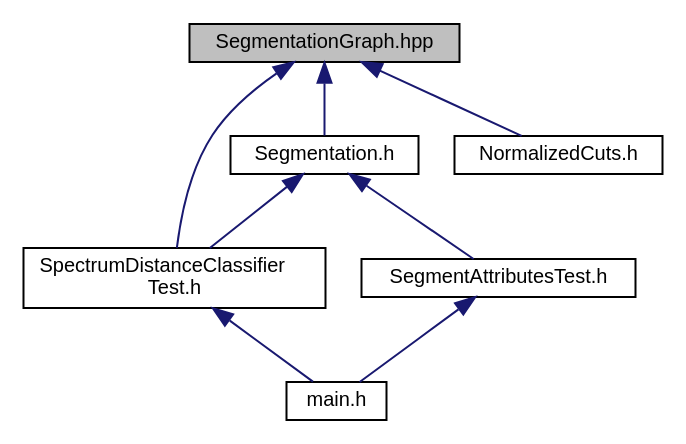
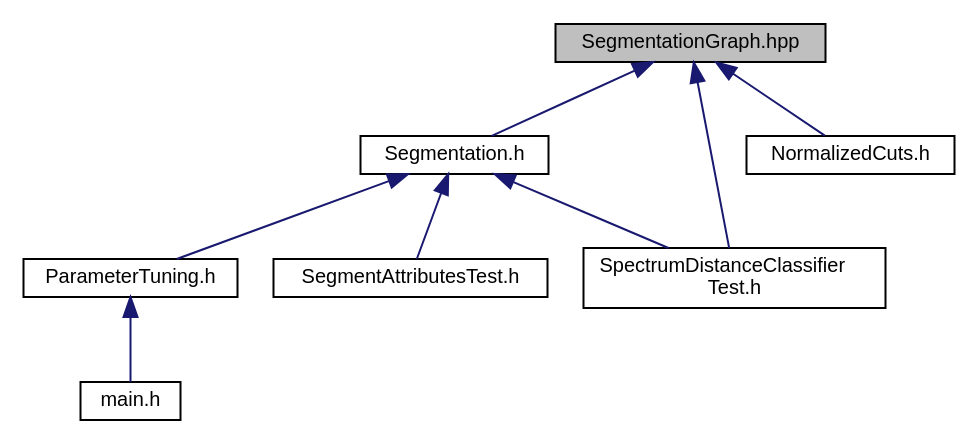
One commit to alexisVallet/animation-character-identification changed the diagram in _segmentation_graph_8hpp__dep__incl.dot. Above: the diagram before and after it, drawn with Graphviz. The commit also changed 394 other files, not shown here.

```diff
--- a/_segmentation_graph_8hpp__dep__incl.dot
+++ b/_segmentation_graph_8hpp__dep__incl.dot
@@ -1,18 +1,19 @@
 digraph "SegmentationGraph.hpp"
 {
   edge [fontname="Helvetica",fontsize="10",labelfontname="Helvetica",labelfontsize="10"];
   node [fontname="Helvetica",fontsize="10",shape=record];
   Node1 [label="SegmentationGraph.hpp",height=0.2,width=0.4,color="black", fillcolor="grey75", style="filled" fontcolor="black"];
   Node1 -> Node2 [dir="back",color="midnightblue",fontsize="10",style="solid",fontname="Helvetica"];
-  Node2 [label="SpectrumDistanceClassifier\lTest.h",height=0.2,width=0.4,color="black", fillcolor="white", style="filled",URL="$_spectrum_distance_classifier_test_8h_source.html"];
+  Node2 [label="Segmentation.h",height=0.2,width=0.4,color="black", fillcolor="white", style="filled",URL="$_segmentation_8h.html"];
   Node2 -> Node3 [dir="back",color="midnightblue",fontsize="10",style="solid",fontname="Helvetica"];
-  Node3 [label="main.h",height=0.2,width=0.4,color="black", fillcolor="white", style="filled",URL="$main_8h_source.html"];
-  Node1 -> Node4 [dir="back",color="midnightblue",fontsize="10",style="solid",fontname="Helvetica"];
-  Node4 [label="Segmentation.h",height=0.2,width=0.4,color="black", fillcolor="white", style="filled",URL="$_segmentation_8h.html"];
-  Node4 -> Node2 [dir="back",color="midnightblue",fontsize="10",style="solid",fontname="Helvetica"];
-  Node4 -> Node5 [dir="back",color="midnightblue",fontsize="10",style="solid",fontname="Helvetica"];
+  Node3 [label="ParameterTuning.h",height=0.2,width=0.4,color="black", fillcolor="white", style="filled",URL="$_parameter_tuning_8h_source.html"];
+  Node3 -> Node4 [dir="back",color="midnightblue",fontsize="10",style="solid",fontname="Helvetica"];
+  Node4 [label="main.h",height=0.2,width=0.4,color="black", fillcolor="white", style="filled",URL="$main_8h_source.html"];
+  Node2 -> Node5 [dir="back",color="midnightblue",fontsize="10",style="solid",fontname="Helvetica"];
   Node5 [label="SegmentAttributesTest.h",height=0.2,width=0.4,color="black", fillcolor="white", style="filled",URL="$_segment_attributes_test_8h_source.html"];
-  Node5 -> Node3 [dir="back",color="midnightblue",fontsize="10",style="solid",fontname="Helvetica"];
+  Node2 -> Node6 [dir="back",color="midnightblue",fontsize="10",style="solid",fontname="Helvetica"];
+  Node6 [label="SpectrumDistanceClassifier\lTest.h",height=0.2,width=0.4,color="black", fillcolor="white", style="filled",URL="$_spectrum_distance_classifier_test_8h_source.html"];
+  Node1 -> Node7 [dir="back",color="midnightblue",fontsize="10",style="solid",fontname="Helvetica"];
+  Node7 [label="NormalizedCuts.h",height=0.2,width=0.4,color="black", fillcolor="white", style="filled",URL="$_normalized_cuts_8h.html"];
   Node1 -> Node6 [dir="back",color="midnightblue",fontsize="10",style="solid",fontname="Helvetica"];
-  Node6 [label="NormalizedCuts.h",height=0.2,width=0.4,color="black", fillcolor="white", style="filled",URL="$_normalized_cuts_8h.html"];
 }
```
